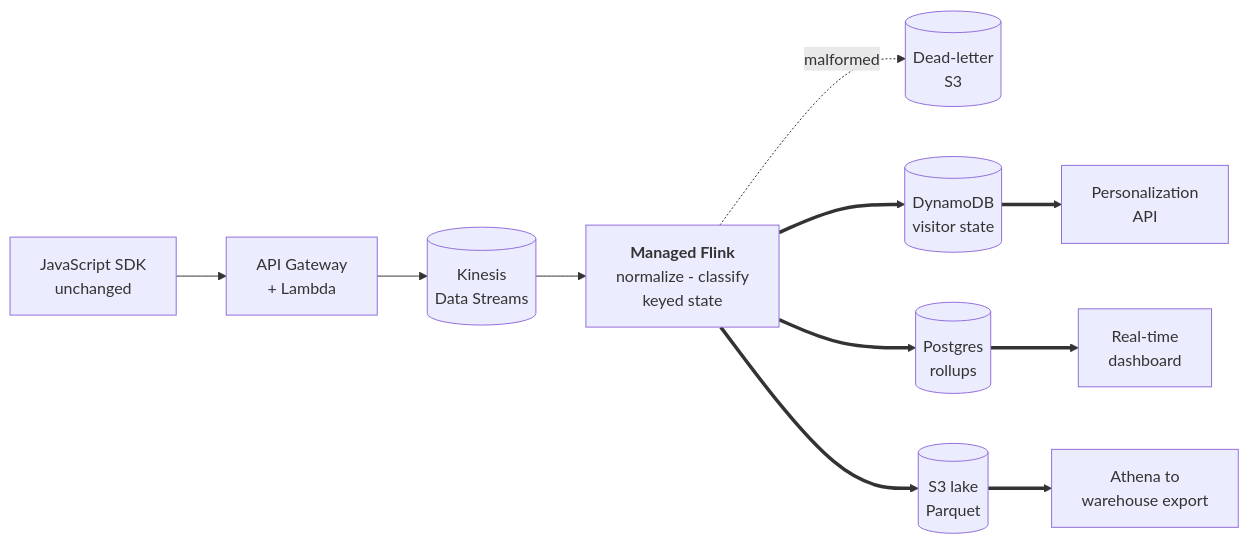
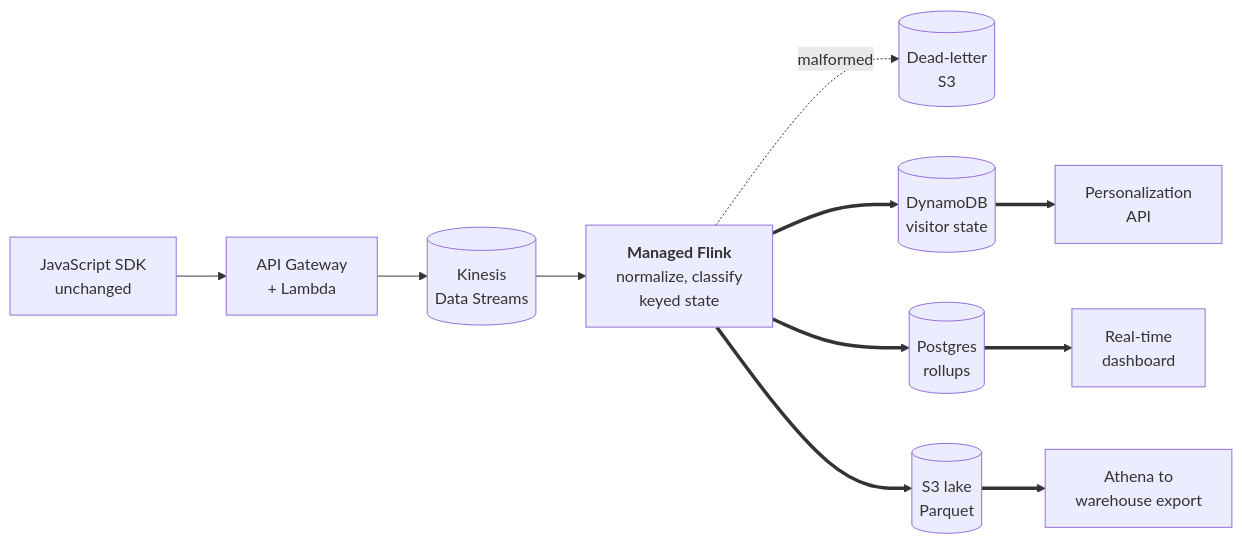
Before and after one commit to henry-hai/beat-claude-engineer-004: the diagram in submission/answer.md, drawn with Mermaid. The commit also changed other lines of this file and 3 other files, not shown here.

````diff
--- a/submission/answer.md
+++ b/submission/answer.md
@@ -52,10 +53,10 @@
 ```mermaid
 flowchart LR
   SDK["JavaScript SDK<br/>unchanged"] --> GW["API Gateway<br/>+ Lambda"]
   GW --> KDS[("Kinesis<br/>Data Streams")]
-  KDS --> FL["<b>Managed Flink</b><br/>normalize - classify<br/>keyed state"]
+  KDS --> FL["<b>Managed Flink</b><br/>normalize, classify<br/>keyed state"]
   FL -. malformed .-> DLQ[("Dead-letter<br/>S3")]
   FL ==> DDB[("DynamoDB<br/>visitor state")] ==> PERS["Personalization<br/>API"]
   FL ==> PG[("Postgres<br/>rollups")] ==> DASH["Real-time<br/>dashboard"]
   FL ==> S3[("S3 lake<br/>Parquet")] ==> ATH["Athena to<br/>warehouse export"]
 ```
````
